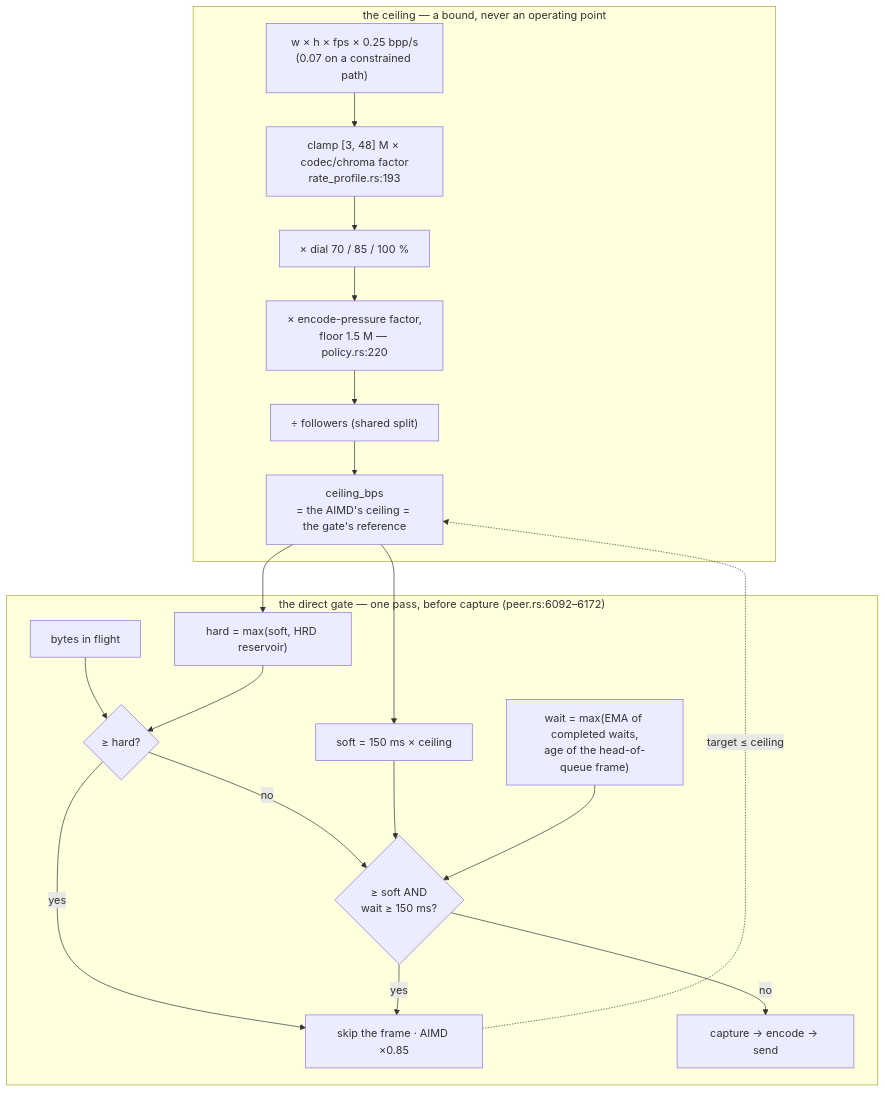
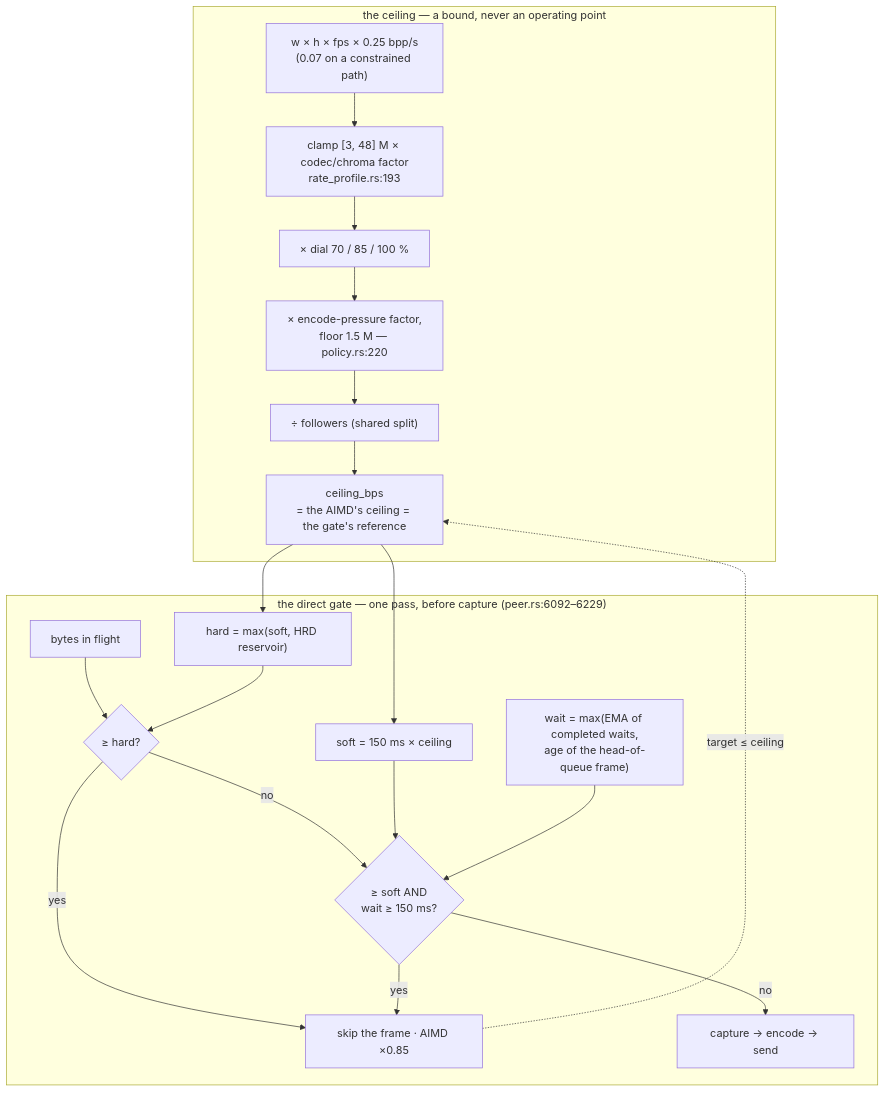
Before and after one commit to gjovanov/roomler-ai: the third of 3 diagrams in docs/rate-control.md, drawn with Mermaid. The commit also changed other lines of this file and 43 other files, not shown here.

````diff
--- a/docs/rate-control.md
+++ b/docs/rate-control.md
@@ -340,24 +340,24 @@
 ```mermaid
 flowchart TB
     subgraph ceiling["the ceiling — a bound, never an operating point"]
         G["w × h × fps × 0.25 bpp/s<br/>(0.07 on a constrained path)"] --> C["clamp [3, 48] M × codec/chroma factor<br/>rate_profile.rs:193"]
         C --> D["× dial 70 / 85 / 100 %"]
         D --> E["× encode-pressure factor,<br/>floor 1.5 M — policy.rs:220"]
         E --> S["÷ followers (shared split)"]
         S --> CEIL["ceiling_bps<br/>= the AIMD's ceiling = the gate's reference"]
     end
-    subgraph gate["the direct gate — one pass, before capture (peer.rs:6092–6172)"]
+    subgraph gate["the direct gate — one pass, before capture (peer.rs:6092–6229)"]
         CEIL --> SOFT["soft = 150 ms × ceiling"]
         CEIL --> HARD["hard = max(soft, HRD reservoir)"]
         W["wait = max(EMA of completed waits,<br/>age of the head-of-queue frame)"]
         Q["bytes in flight"] --> H{"≥ hard?"}
         HARD --> H
         H -- yes --> TRIP["skip the frame · AIMD ×0.85"]
         H -- no --> SQ{"≥ soft AND<br/>wait ≥ 150 ms?"}
         SOFT --> SQ
         W --> SQ
         SQ -- yes --> TRIP
         SQ -- no --> PASS["capture → encode → send"]
     end
     TRIP -.->|"target ≤ ceiling"| CEIL
 ```
````
